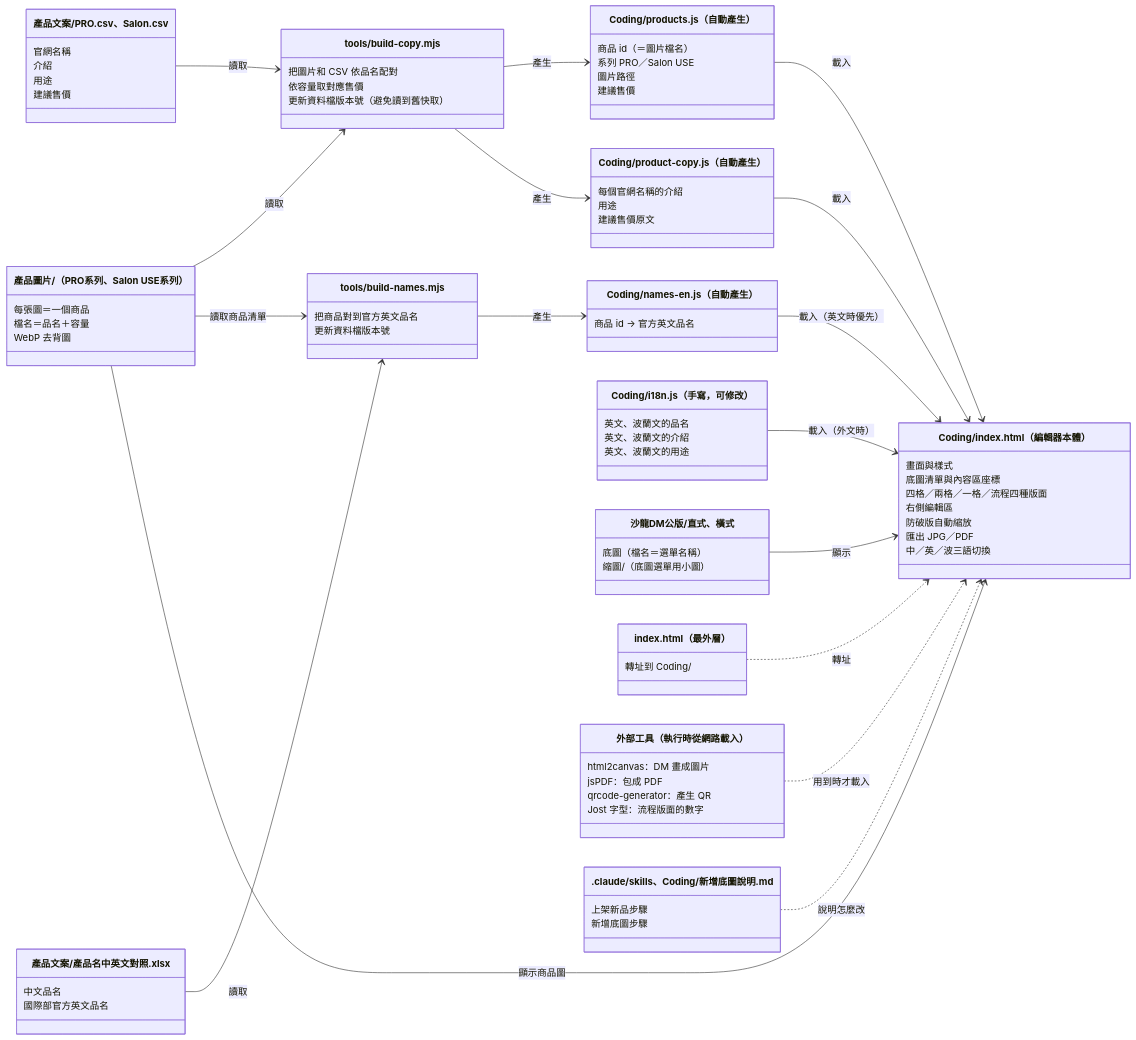
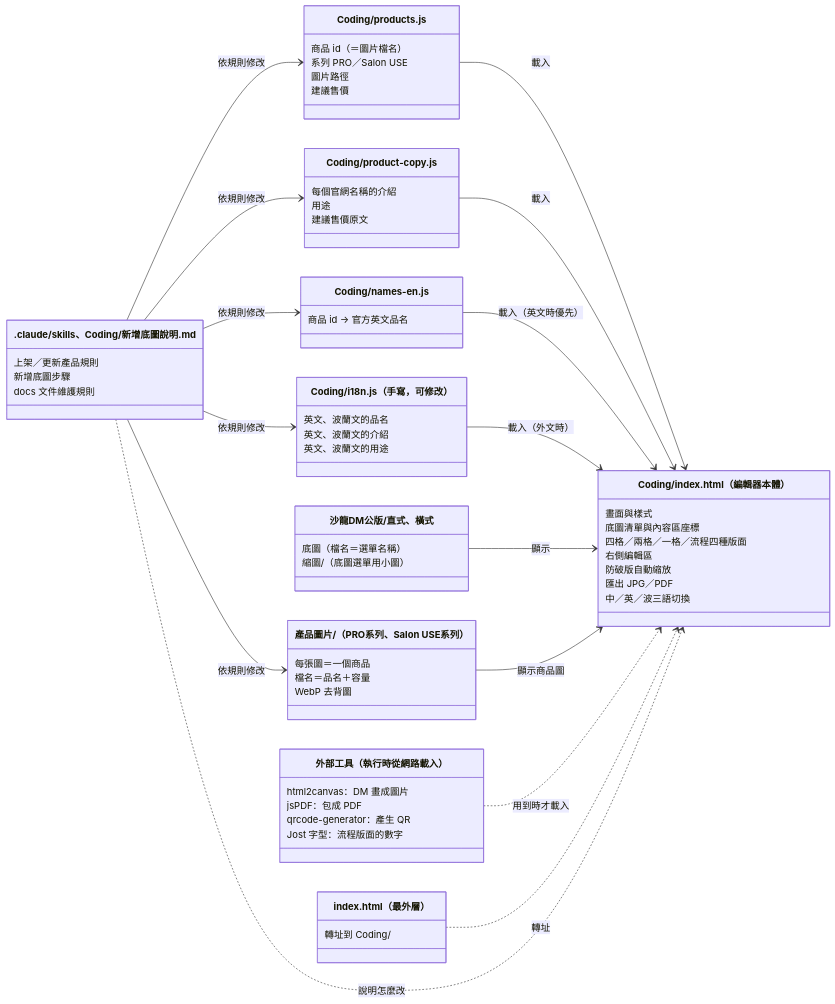
Before and after one commit to brandmarketing-coder/DM: the second of 3 diagrams in docs/專案地圖.md, drawn with Mermaid. The commit also changed other lines of this file and 1 other file, not shown here.

Commit message:
docs: 專案地圖改成新的上新品流程
- 檔案表：刪除產品文案、build-copy、build-names 三列；資料檔改為「依 dm-add-product 修改」；skills 列補上四個 docs skill
- 資料流程圖：使用者提供資料 → Claude 依 dm-add-product 修改 → 資料檔 → 編輯器
- 架構圖 1：移除 CSV、xlsx、兩個工具的方框與箭頭，改由 skills 指向各資料檔
- 圖 2、外部依賴不受影響未改；三張圖皆實際繪製確認

```diff
--- a/docs/專案地圖.md
+++ b/docs/專案地圖.md
@@ -66,39 +62,18 @@
     檔名＝品名＋容量
     WebP 去背圖
   }
-  class Csv["產品文案/PRO.csv、Salon.csv"] {
-    官網名稱
-    介紹
-    用途
-    建議售價
-  }
-  class Xlsx["產品文案/產品名中英文對照.xlsx"] {
-    中文品名
-    國際部官方英文品名
-  }
-
-  class BuildCopy["tools/build-copy.mjs"] {
-    把圖片和 CSV 依品名配對
-    依容量取對應售價
-    更新資料檔版本號（避免讀到舊快取）
-  }
-  class BuildNames["tools/build-names.mjs"] {
-    把商品對到官方英文品名
-    更新資料檔版本號
-  }
-
-  class ProductsJs["Coding/products.js（自動產生）"] {
+  class ProductsJs["Coding/products.js"] {
     商品 id（＝圖片檔名）
     系列 PRO／Salon USE
     圖片路徑
     建議售價
   }
-  class CopyJs["Coding/product-copy.js（自動產生）"] {
+  class CopyJs["Coding/product-copy.js"] {
     每個官網名稱的介紹
     用途
     建議售價原文
   }
-  class NamesJs["Coding/names-en.js（自動產生）"] {
+  class NamesJs["Coding/names-en.js"] {
     商品 id → 官方英文品名
   }
   class I18nJs["Coding/i18n.js（手寫，可修改）"] {
@@ -130,17 +105,16 @@
     Jost 字型：流程版面的數字
   }
   class Skills[".claude/skills、Coding/新增底圖說明.md"] {
-    上架新品步驟
+    上架／更新產品規則
     新增底圖步驟
+    docs 文件維護規則
   }
 
-  Images --> BuildCopy : 讀取
-  Csv --> BuildCopy : 讀取
-  Images --> BuildNames : 讀取商品清單
-  Xlsx --> BuildNames : 讀取
-  BuildCopy --> ProductsJs : 產生
-  BuildCopy --> CopyJs : 產生
-  BuildNames --> NamesJs : 產生
+  Skills --> Images : 依規則修改
+  Skills --> ProductsJs : 依規則修改
+  Skills --> CopyJs : 依規則修改
+  Skills --> I18nJs : 依規則修改
+  Skills --> NamesJs : 依規則修改
   ProductsJs --> App : 載入
   CopyJs --> App : 載入
   NamesJs --> App : 載入（英文時優先）
```
